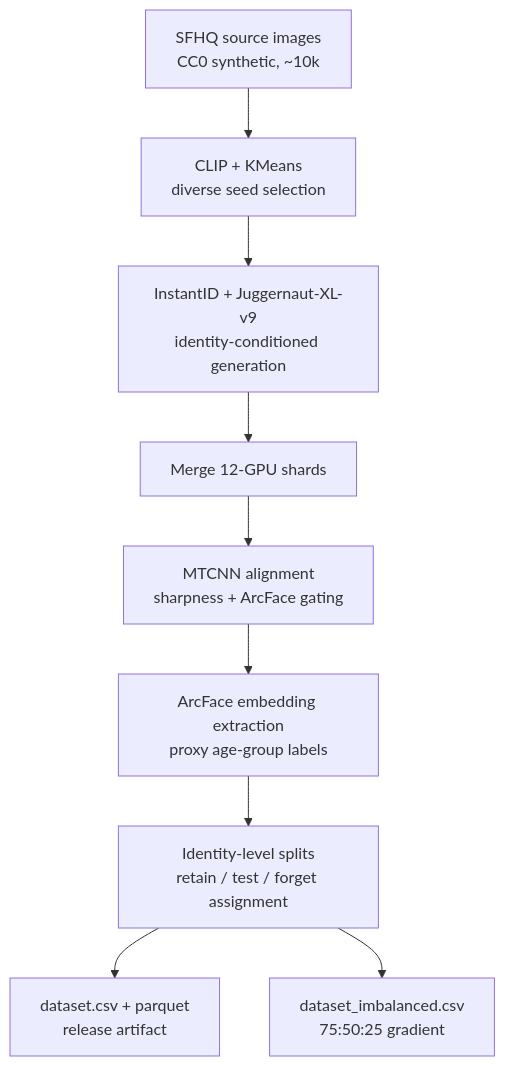
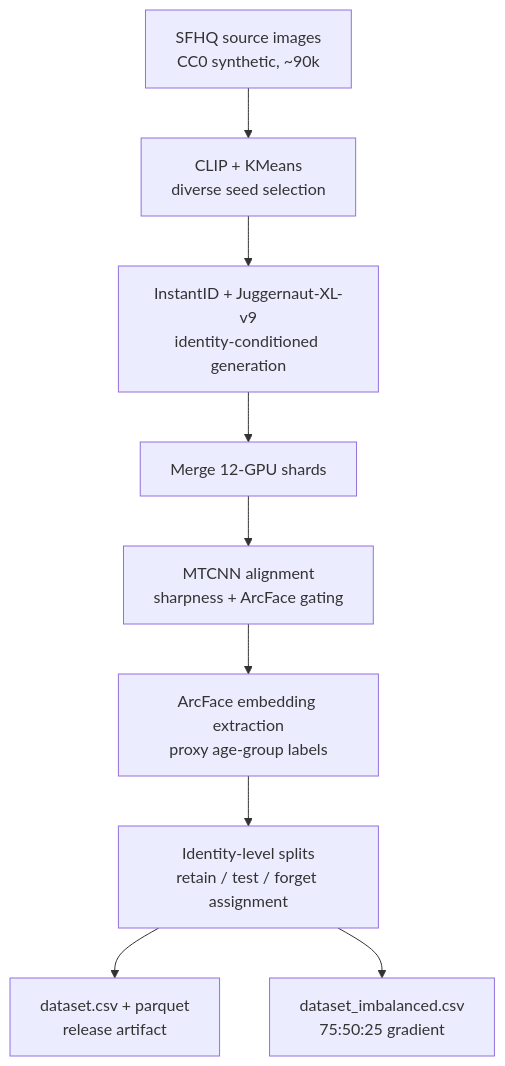
Before and after one commit to FaizPalwala/virtual-id-gen: the diagram in README.md, drawn with Mermaid. The commit also changed other lines of this file and 2 other files, not shown here.

Commit message:
fix: limit --exclusive to generate/sweep only, correct SFHQ image count
Removed --exclusive from preprocess and extract scripts — they use
InsightFace/ONNX which fits comfortably in shared GPU memory.
Generate and Juggernaut sweep keep --exclusive (SDXL model is the
only memory-hungry step).  Also corrected README source image count:
SFHQ Part 1 has ~90k images, not ~10k.

````diff
--- a/README.md
+++ b/README.md
@@ -57,11 +57,11 @@
 ```mermaid
 flowchart TD
-    A[SFHQ source images<br/>CC0 synthetic, ~10k] --> B[CLIP + KMeans<br/>diverse seed selection]
+    A[SFHQ source images<br/>CC0 synthetic, ~90k] --> B[CLIP + KMeans<br/>diverse seed selection]
     B --> C[InstantID + Juggernaut-XL-v9<br/>identity-conditioned generation]
     C --> D[Merge 12-GPU shards]
     D --> E[MTCNN alignment<br/>sharpness + ArcFace gating]
     E --> F[ArcFace embedding extraction<br/>proxy age-group labels]
     F --> G[Identity-level splits<br/>retain / test / forget assignment]
     G --> H[dataset.csv + parquet<br/>release artifact]
     G --> I[dataset_imbalanced.csv<br/>75:50:25 gradient]
 ```
````
